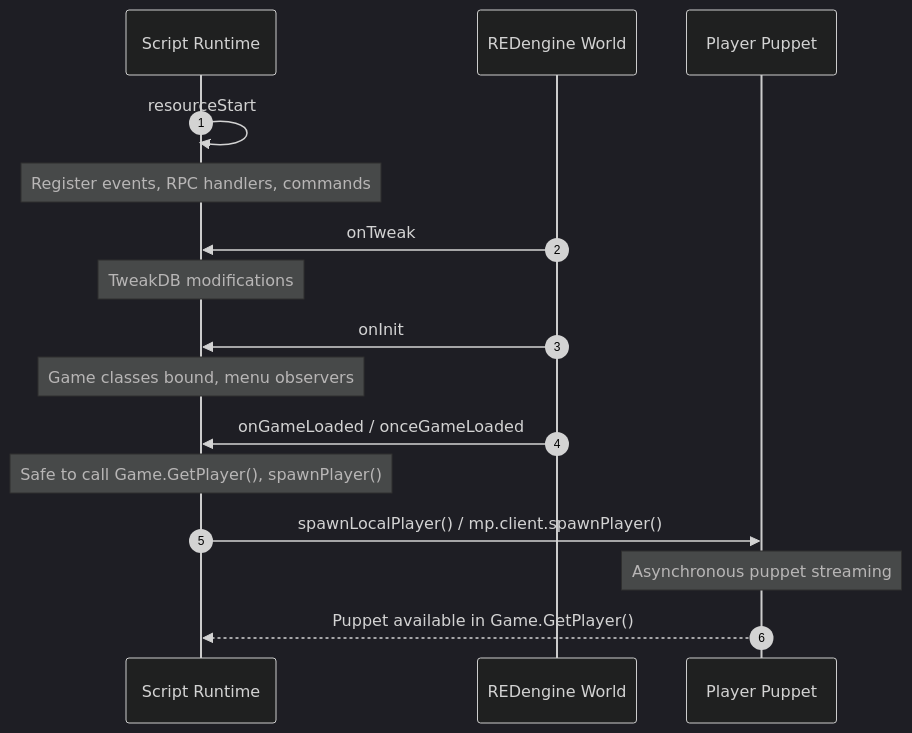
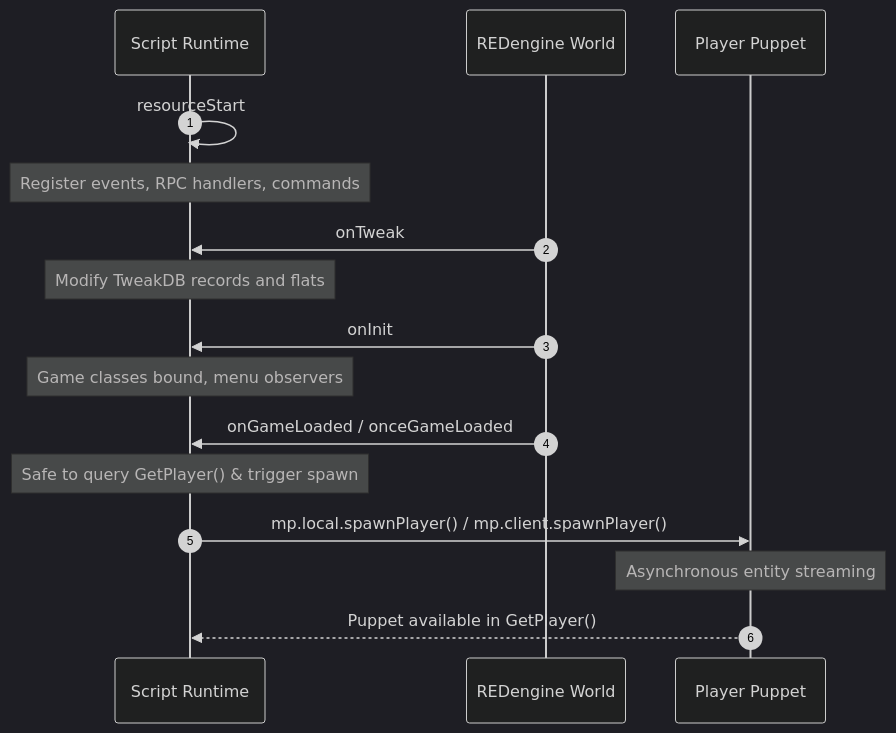
One commit to CatRass/CyberMP-Docs changed the diagram in src/content/docs/guides/client/lifecycle.mdx. Above: the diagram before and after it, drawn with Mermaid (dark theme). The commit also changed other lines of this file and 13 other files, not shown here.

````diff
--- a/src/content/docs/guides/client/lifecycle.mdx
+++ b/src/content/docs/guides/client/lifecycle.mdx
@@ -17,19 +17,19 @@
 ```mermaid
 sequenceDiagram
     autonumber
     participant Runtime as Script Runtime
     participant Game as REDengine World
     participant Puppet as Player Puppet
 
     Runtime->>Runtime: resourceStart
     Note over Runtime: Register events, RPC handlers, commands
     Game->>Runtime: onTweak
-    Note over Runtime: TweakDB modifications
+    Note over Runtime: Modify TweakDB records and flats
     Game->>Runtime: onInit
     Note over Runtime: Game classes bound, menu observers
     Game->>Runtime: onGameLoaded / onceGameLoaded
-    Note over Runtime: Safe to call Game.GetPlayer(), spawnPlayer()
-    Runtime->>Puppet: spawnLocalPlayer() / mp.client.spawnPlayer()
-    Note over Puppet: Asynchronous puppet streaming
-    Puppet-->>Runtime: Puppet available in Game.GetPlayer()
+    Note over Runtime: Safe to query GetPlayer() & trigger spawn
+    Runtime->>Puppet: mp.local.spawnPlayer() / mp.client.spawnPlayer()
+    Note over Puppet: Asynchronous entity streaming
+    Puppet-->>Runtime: Puppet available in GetPlayer()
 ```
````
